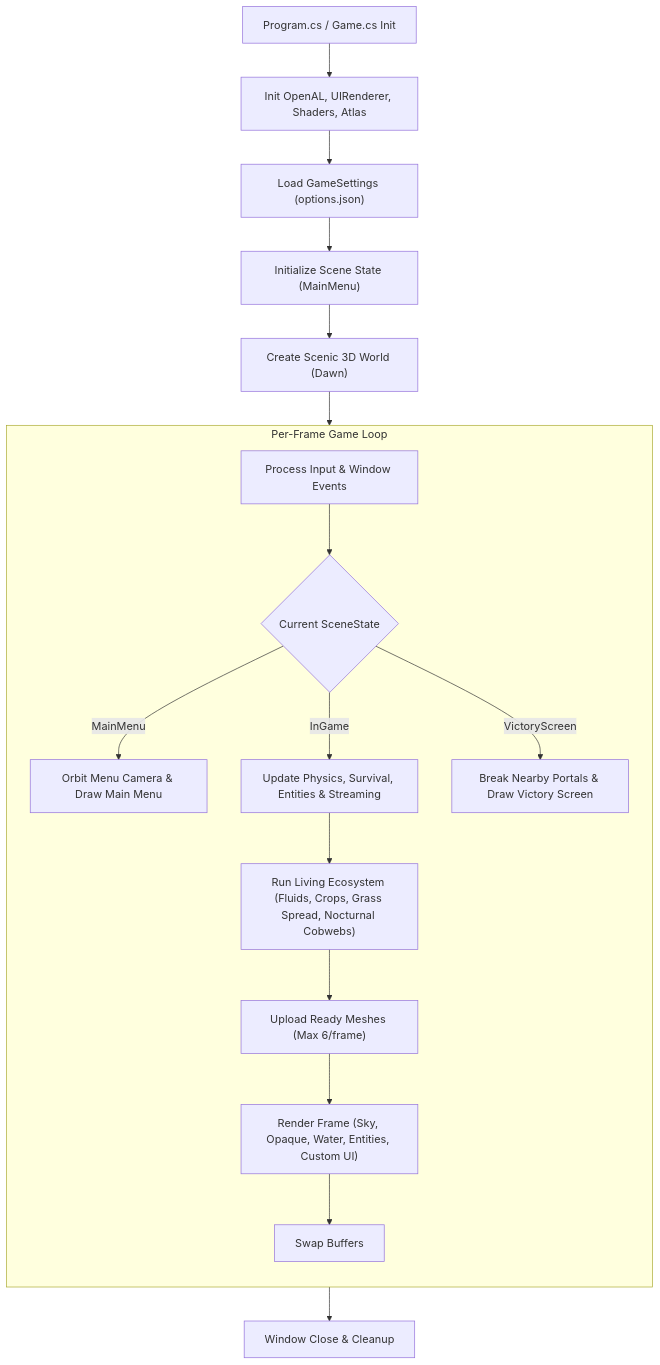
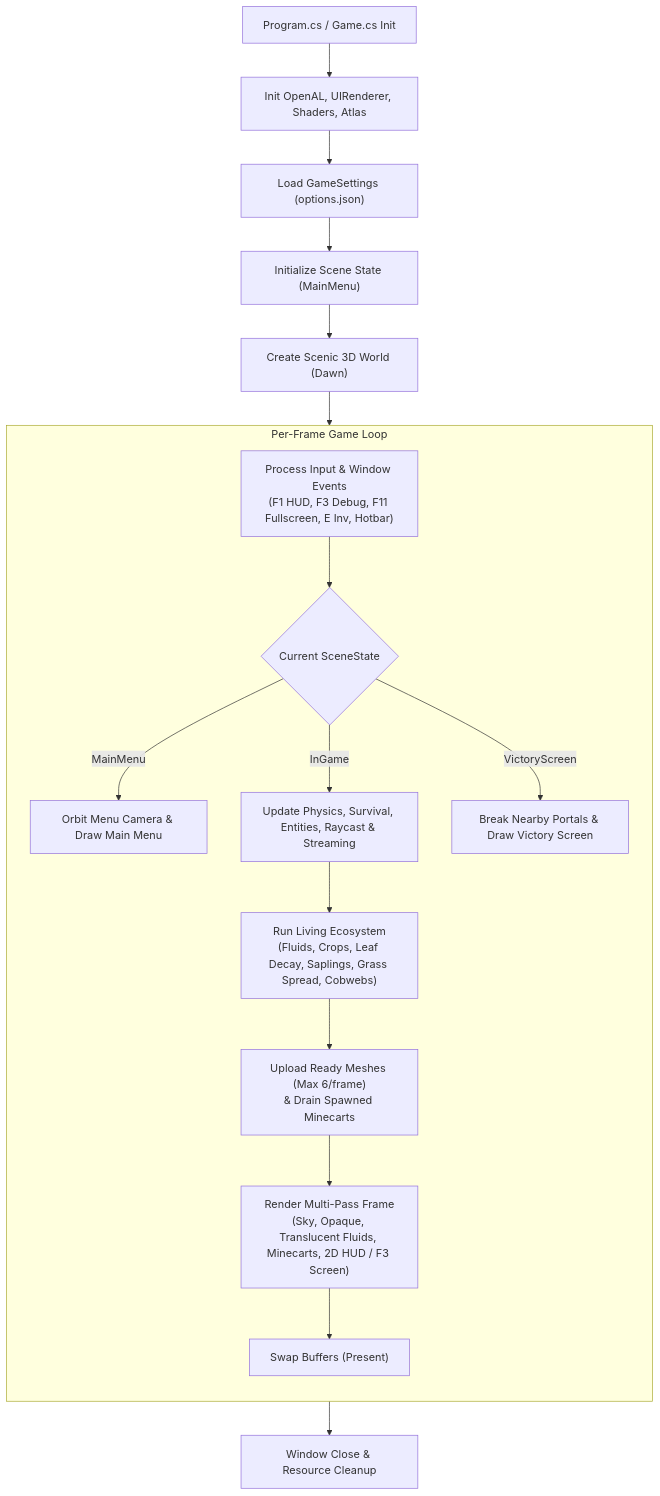
The first of 5 diagrams in docs/flow.md (SpoiledUnknown/VelmoraCraft), drawn with Mermaid before and after one commit. The commit also changed other lines of this file and 14 other files, not shown here.

````diff
--- a/docs/flow.md
+++ b/docs/flow.md
@@ -9,22 +9,22 @@
 ```mermaid
 flowchart TD
     Init["Program.cs / Game.cs Init"] --> Subsystems["Init OpenAL, UIRenderer, Shaders, Atlas"]
     Subsystems --> SettingsLoad["Load GameSettings (options.json)"]
     SettingsLoad --> SceneInit["Initialize Scene State (MainMenu)"]
     SceneInit --> MenuWorld["Create Scenic 3D World (Dawn)"]
     MenuWorld --> GameLoop["Run Main Game Loop"]
 
     subgraph GameLoop["Per-Frame Game Loop"]
         direction TB
-        Input["Process Input & Window Events"] --> SceneBranch{"Current SceneState"}
+        Input["Process Input & Window Events\n(F1 HUD, F3 Debug, F11 Fullscreen, E Inv, Hotbar)"] --> SceneBranch{"Current SceneState"}
         SceneBranch -->|MainMenu| MenuUpdate["Orbit Menu Camera & Draw Main Menu"]
-        SceneBranch -->|InGame| InGameUpdate["Update Physics, Survival, Entities & Streaming"]
+        SceneBranch -->|InGame| InGameUpdate["Update Physics, Survival, Entities, Raycast & Streaming"]
         SceneBranch -->|VictoryScreen| VictoryUpdate["Break Nearby Portals & Draw Victory Screen"]
-        InGameUpdate --> Simulations["Run Living Ecosystem (Fluids, Crops, Grass Spread, Nocturnal Cobwebs)"]
-        Simulations --> GPUUpload["Upload Ready Meshes (Max 6/frame)"]
-        GPUUpload --> RenderPasses["Render Frame (Sky, Opaque, Water, Entities, Custom UI)"]
-        RenderPasses --> Swap["Swap Buffers"]
+        InGameUpdate --> Simulations["Run Living Ecosystem\n(Fluids, Crops, Leaf Decay, Saplings, Grass Spread, Cobwebs)"]
+        Simulations --> GPUUpload["Upload Ready Meshes (Max 6/frame)\n& Drain Spawned Minecarts"]
+        GPUUpload --> RenderPasses["Render Multi-Pass Frame\n(Sky, Opaque, Translucent Fluids, Minecarts, 2D HUD / F3 Screen)"]
+        RenderPasses --> Swap["Swap Buffers (Present)"]
     end
 
-    GameLoop --> Shutdown["Window Close & Cleanup"]
+    GameLoop --> Shutdown["Window Close & Resource Cleanup"]
 ```
````
